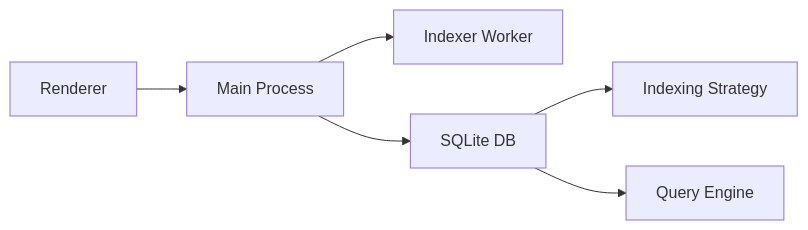
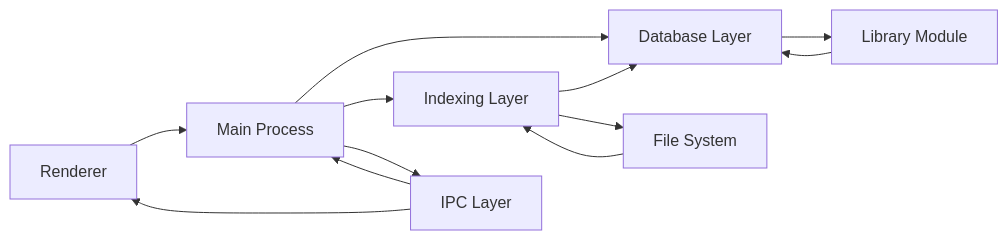
One commit to satyrlord/mixjam-electron changed the fourth of 4 diagrams in .qoder/repowiki/en/content/Data Management.md. Above: the diagram before and after it, drawn with Mermaid. The commit also changed other lines of this file and 104 other files, not shown here.

First line of the commit message:
fix(config): update markdownlint schema and cleanup ignored paths

````diff
--- a/.qoder/repowiki/en/content/Data Management.md
+++ b/.qoder/repowiki/en/content/Data Management.md
@@ -257,8 +312,14 @@
 ```mermaid
 graph LR
 R["Renderer"] --> M["Main Process"]
-M --> W["Indexer Worker"]
-M --> DB["SQLite DB"]
-DB --> IDX["Indexing Strategy"]
-DB --> QRY["Query Engine"]
+M --> DB["Database Layer"]
+M --> IDX["Indexing Layer"]
+M --> IPC["IPC Layer"]
+DB --> LIB["Library Module"]
+LIB --> DB
+IDX --> DB
+IDX --> FS["File System"]
+FS --> IDX
+IPC --> R
+IPC --> M
 ```
````
